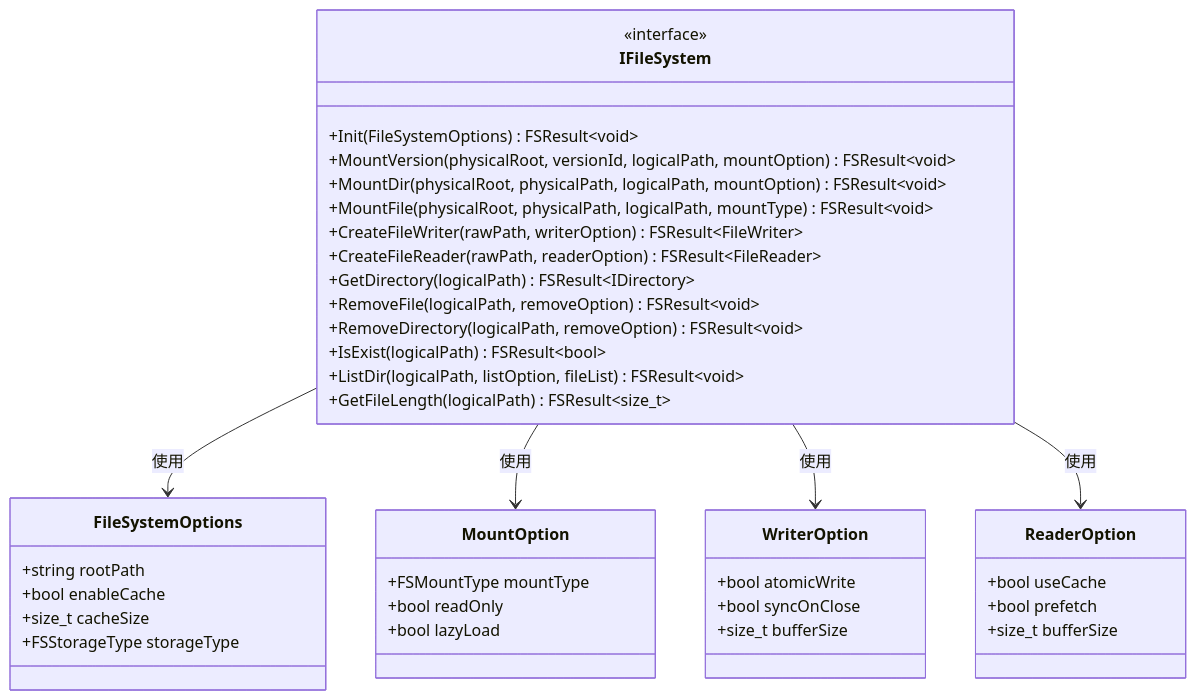
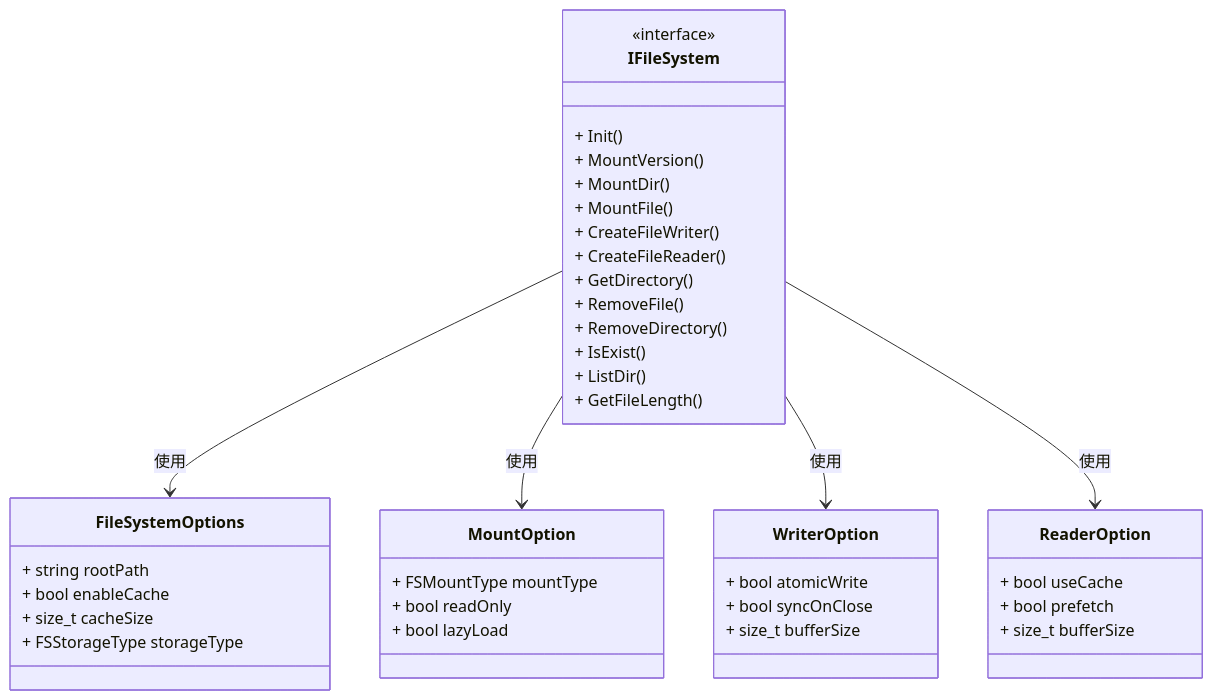
The third of 10 diagrams in _posts/2025-07-28-indexlib-10-filesystem-storage.md (zhouzhilong-commits/zhouzhilong-commits.github.io), drawn with Mermaid before and after one commit. The commit also changed other lines of this file and 228 other files, not shown here.

````diff
--- a/_posts/2025-07-28-indexlib-10-filesystem-storage.md
+++ b/_posts/2025-07-28-indexlib-10-filesystem-storage.md
@@ -169,48 +169,48 @@
 ```mermaid
 classDiagram
     class IFileSystem {
         <<interface>>
-        +Init(FileSystemOptions) FSResult~void~
-        +MountVersion(physicalRoot, versionId, logicalPath, mountOption) FSResult~void~
-        +MountDir(physicalRoot, physicalPath, logicalPath, mountOption) FSResult~void~
-        +MountFile(physicalRoot, physicalPath, logicalPath, mountType) FSResult~void~
-        +CreateFileWriter(rawPath, writerOption) FSResult~FileWriter~
-        +CreateFileReader(rawPath, readerOption) FSResult~FileReader~
-        +GetDirectory(logicalPath) FSResult~IDirectory~
-        +RemoveFile(logicalPath, removeOption) FSResult~void~
-        +RemoveDirectory(logicalPath, removeOption) FSResult~void~
-        +IsExist(logicalPath) FSResult~bool~
-        +ListDir(logicalPath, listOption, fileList) FSResult~void~
-        +GetFileLength(logicalPath) FSResult~size_t~
+        + Init()
+        + MountVersion()
+        + MountDir()
+        + MountFile()
+        + CreateFileWriter()
+        + CreateFileReader()
+        + GetDirectory()
+        + RemoveFile()
+        + RemoveDirectory()
+        + IsExist()
+        + ListDir()
+        + GetFileLength()
     }
     
     class FileSystemOptions {
-        +string rootPath
-        +bool enableCache
-        +size_t cacheSize
-        +FSStorageType storageType
+        + string rootPath
+        + bool enableCache
+        + size_t cacheSize
+        + FSStorageType storageType
     }
     
     class MountOption {
-        +FSMountType mountType
-        +bool readOnly
-        +bool lazyLoad
+        + FSMountType mountType
+        + bool readOnly
+        + bool lazyLoad
     }
     
     class WriterOption {
-        +bool atomicWrite
-        +bool syncOnClose
-        +size_t bufferSize
+        + bool atomicWrite
+        + bool syncOnClose
+        + size_t bufferSize
     }
     
     class ReaderOption {
-        +bool useCache
-        +bool prefetch
-        +size_t bufferSize
+        + bool useCache
+        + bool prefetch
+        + size_t bufferSize
     }
     
     IFileSystem --> FileSystemOptions : 使用
     IFileSystem --> MountOption : 使用
     IFileSystem --> WriterOption : 使用
     IFileSystem --> ReaderOption : 使用
 ```
````
